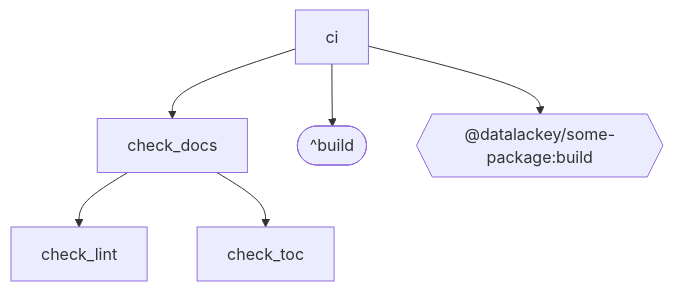
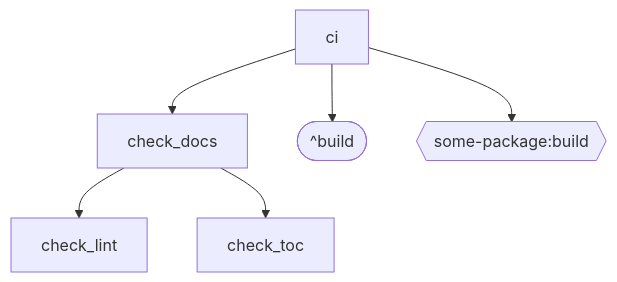
One commit to doikayt/build-tools changed the diagram in javascript/nx-graph-to-mermaid/tests/fixtures/same-project-deps/expected-readme.md. Above: the diagram before and after it, drawn with Mermaid. The commit also changed 5 other files, not shown here.

````diff
--- a/javascript/nx-graph-to-mermaid/tests/fixtures/same-project-deps/expected-readme.md
+++ b/javascript/nx-graph-to-mermaid/tests/fixtures/same-project-deps/expected-readme.md
@@ -6,18 +6,18 @@
 ```mermaid
 graph TD
 
   check_docs
   check_lint
   check_toc
   ci
 
   _caret_build(["^build"])
 
-  _xref_datalackey_some_package_build{{"@datalackey/some-package:build"}}
+  _xref_datalackey_some_package_build{{"some-package:build"}}
 
   check_docs --> check_lint
   check_docs --> check_toc
   ci --> _xref_datalackey_some_package_build
   ci --> _caret_build
   ci --> check_docs
 ```
````
